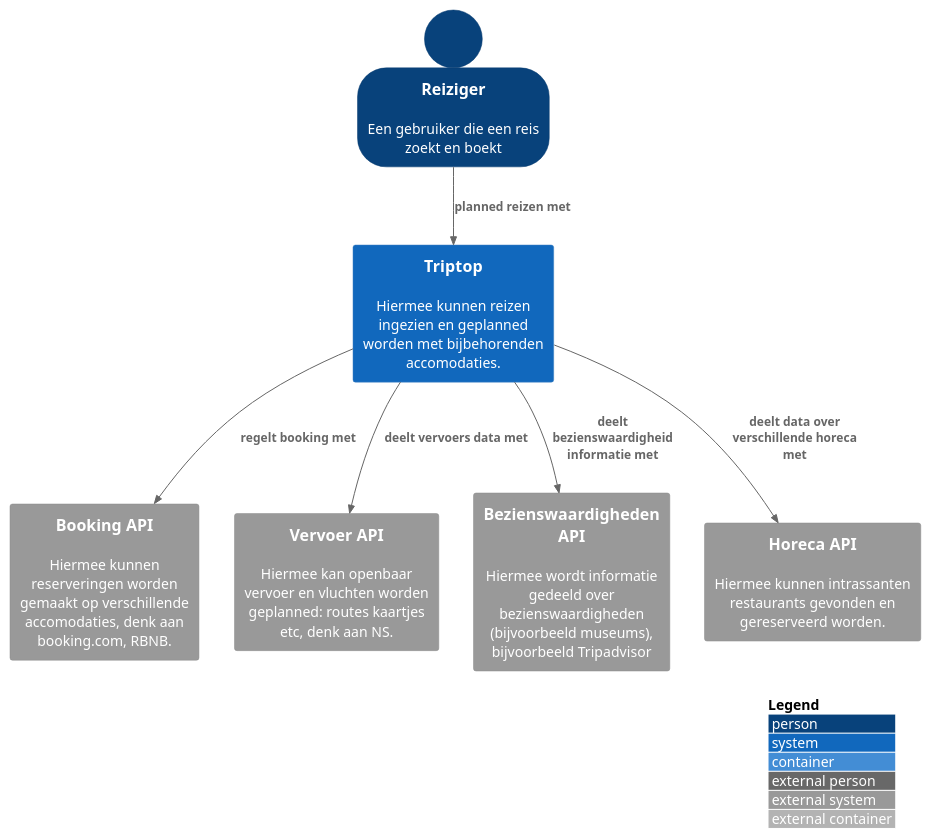
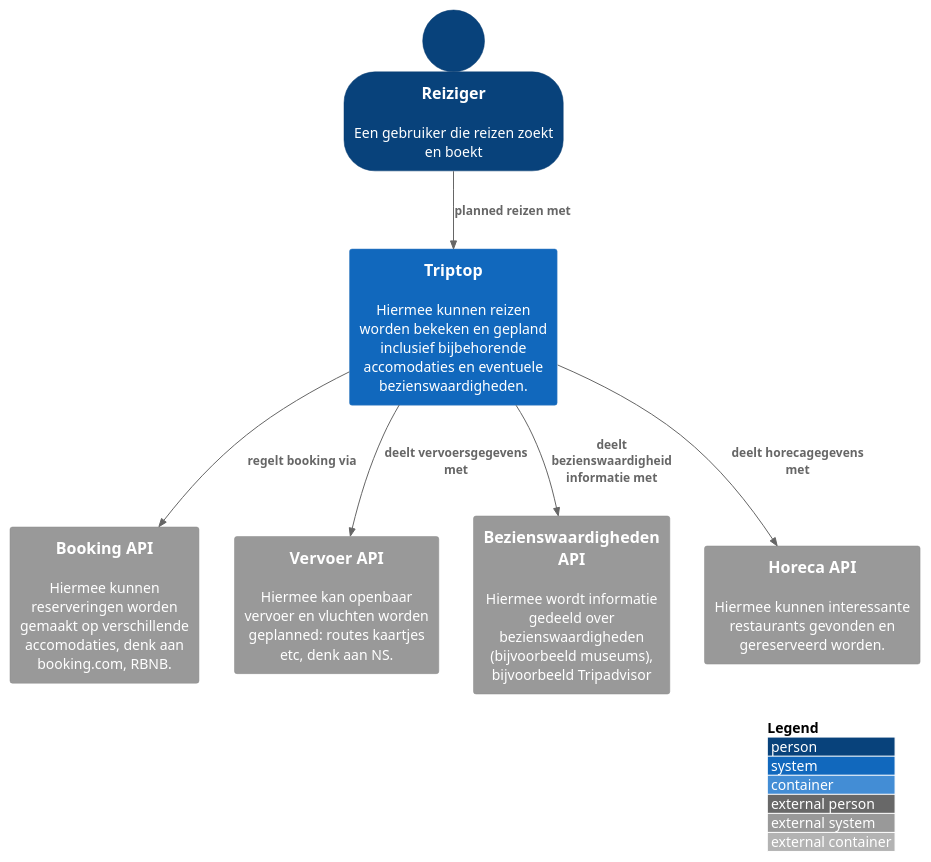
The diagram in opdracht-diagrammen/Context Diagram.puml (AIM-ENE-feb25/triptop-groep-4-afscheidscadeau-voor-juf-kim), drawn with PlantUML before and after one commit.

Commit message:
Verbeterd spelling etc.

```diff
--- a/opdracht-diagrammen/Context Diagram.puml
+++ b/opdracht-diagrammen/Context Diagram.puml
@@ -1,27 +1,27 @@
 @startuml C4_Elements
 !include https://raw.githubusercontent.com/plantuml-stdlib/C4-PlantUML/master/C4_Container.puml
 
 SHOW_PERSON_OUTLINE()
 LAYOUT_WITH_LEGEND()
 
-Person(Reiziger, "Reiziger", "Een gebruiker die een reis zoekt en boekt")
+Person(Reiziger, "Reiziger", "Een gebruiker die reizen zoekt en boekt")
 
-System(TriptopApp, "Triptop", "Hiermee kunnen reizen ingezien en geplanned worden met bijbehorenden accomodaties.")
+System(TriptopApp, "Triptop", "Hiermee kunnen reizen worden bekeken en gepland inclusief bijbehorende accomodaties en eventuele bezienswaardigheden.")
 
 System_Ext(BookingAPI, "Booking API", "Hiermee kunnen reserveringen worden gemaakt op verschillende accomodaties, denk aan booking.com, RBNB.")
 
 System_Ext(VervoerAPI, "Vervoer API", "Hiermee kan openbaar vervoer en vluchten worden geplanned: routes kaartjes etc, denk aan NS.")
 
 System_Ext(BezienswaardigheidAPI, "Bezienswaardigheden API", "Hiermee wordt informatie gedeeld over bezienswaardigheden (bijvoorbeeld museums), bijvoorbeeld Tripadvisor")
 
-System_Ext(HorecaApi, "Horeca API", "Hiermee kunnen intrassanten restaurants gevonden en gereserveerd worden.")
+System_Ext(HorecaAPI, "Horeca API", "Hiermee kunnen interessante restaurants gevonden en gereserveerd worden.")
 
 
 
 
 Rel(Reiziger, TriptopApp, "planned reizen met")
-Rel(TriptopApp, BookingAPI, "regelt booking met")
-Rel(TriptopApp, VervoerAPI, "deelt vervoers data met")
+Rel(TriptopApp, BookingAPI, "regelt booking via")
+Rel(TriptopApp, VervoerAPI, "deelt vervoersgegevens met")
 Rel(TriptopApp, BezienswaardigheidAPI, "deelt bezienswaardigheid informatie met")
-Rel(TriptopApp, HorecaApi, "deelt data over verschillende horeca met")
+Rel(TriptopApp, HorecaAPI, "deelt horecagegevens met")
 @enduml
```
